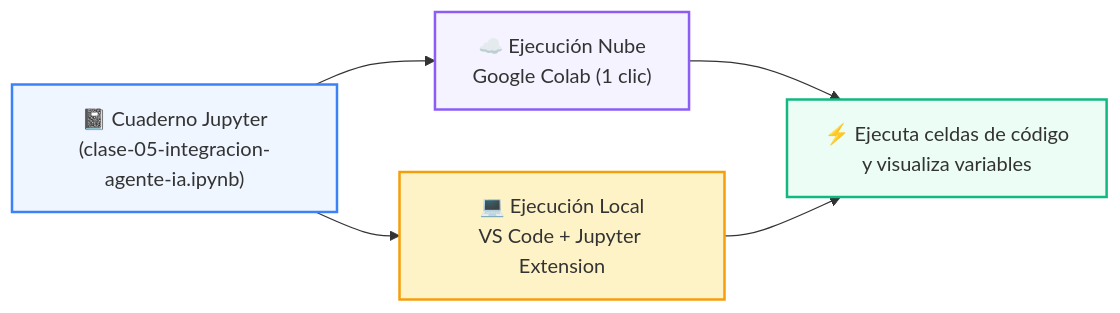
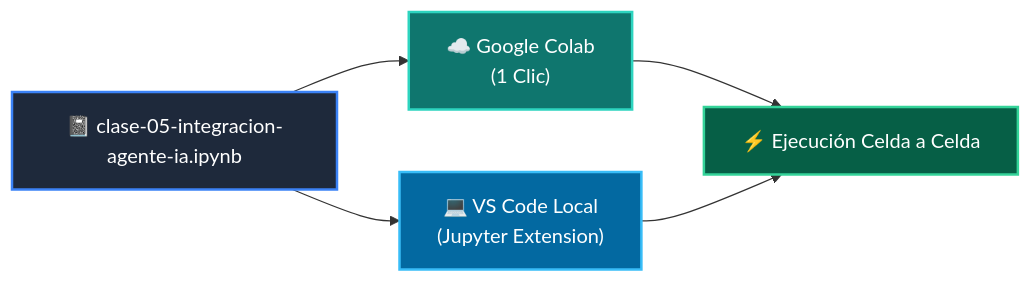
One commit to wisrovi/wisrovi-python changed the diagram in 04-proyecto-final/clase-05-integracion-agente-ia/notebook/README.md. Above: the diagram before and after it, drawn with Mermaid. The commit also changed other lines of this file and 271 other files, not shown here.

Commit message:
docs: rewrite all README.md files with bespoke topic-specific Mermaid diagrams and remove repetitive boilerplate

````diff
--- a/04-proyecto-final/clase-05-integracion-agente-ia/notebook/README.md
+++ b/04-proyecto-final/clase-05-integracion-agente-ia/notebook/README.md
@@ -14,12 +12,12 @@
 ```mermaid
 flowchart LR
-    NB["📓 Cuaderno Jupyter<br/>(clase-05-integracion-agente-ia.ipynb)"] --> COLAB["☁️ Ejecución Nube<br/>Google Colab (1 clic)"]
-    NB --> LOCAL["💻 Ejecución Local<br/>VS Code + Jupyter Extension"]
-    COLAB --> RUN["⚡ Ejecuta celdas de código<br/>y visualiza variables"]
+    NB["📓 clase-05-integracion-agente-ia.ipynb"] --> COLAB["☁️ Google Colab<br/>(1 Clic)"]
+    NB --> LOCAL["💻 VS Code Local<br/>(Jupyter Extension)"]
+    COLAB --> RUN["⚡ Ejecución Celda a Celda"]
     LOCAL --> RUN
 
-    style NB fill:#eff6ff,stroke:#3b82f6,stroke-width:2px
-    style COLAB fill:#f5f3ff,stroke:#8b5cf6,stroke-width:2px
-    style LOCAL fill:#fef3c7,stroke:#f59e0b,stroke-width:2px
-    style RUN fill:#ecfdf5,stroke:#10b981,stroke-width:2px
+    style NB fill:#1e293b,color:#fff,stroke:#3b82f6,stroke-width:2px
+    style COLAB fill:#0f766e,color:#fff,stroke:#2dd4bf,stroke-width:2px
+    style LOCAL fill:#0369a1,color:#fff,stroke:#38bdf8,stroke-width:2px
+    style RUN fill:#065f46,color:#fff,stroke:#34d399,stroke-width:2px
 ```
````
